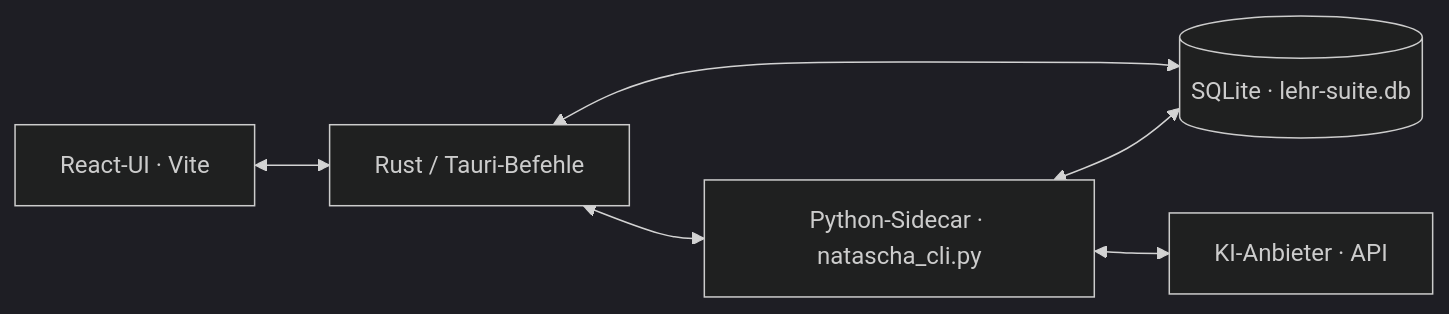
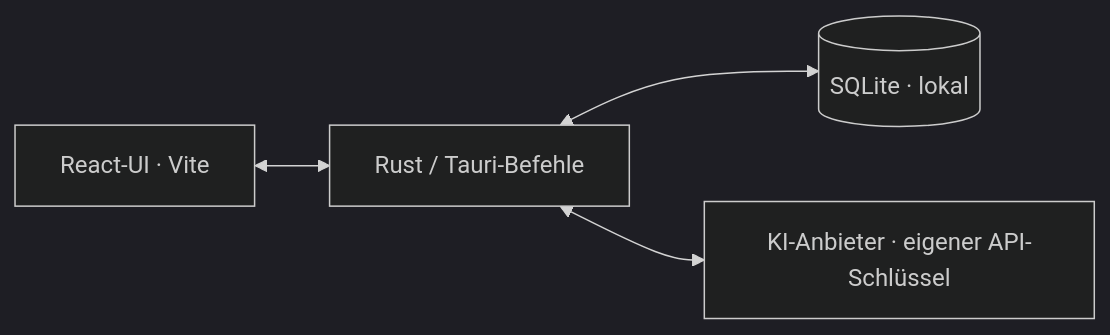
Before and after one commit to milanradisavljevic/LUKA: the second of 2 diagrams in README.md, drawn with Mermaid (dark theme). The commit also changed other lines of this file and 14 other files, not shown here.

````diff
--- a/README.md
+++ b/README.md
@@ -88,8 +129,6 @@
 ```mermaid
 flowchart LR
   UI["React-UI · Vite"] <--> Tauri["Rust / Tauri-Befehle"]
-  Tauri <--> CLI["Python-Sidecar · natascha_cli.py"]
-  Tauri <--> DB[("SQLite · lehr-suite.db")]
-  CLI <--> DB
-  CLI <--> LLM["KI-Anbieter · API"]
+  Tauri <--> DB[("SQLite · lokal")]
+  Tauri <--> LLM["KI-Anbieter · eigener API-Schlüssel"]
 ```
````
